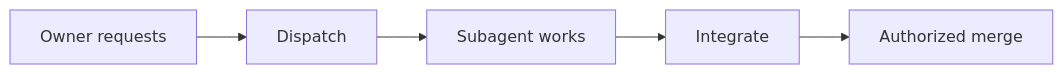
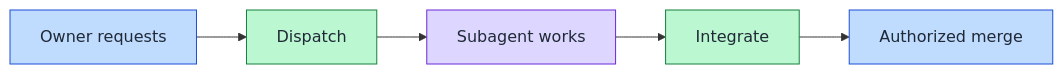
One commit to victusfate/scaffold changed the diagram in docs/diagrams/pages/orchestration.md. Above: the diagram before and after it, drawn with Mermaid. The commit also changed other lines of this file and 20 other files, not shown here.

First line of the commit message:
docs(diagram-explorer-md): lane colors from the diagram palette; short LLM block

````diff
--- a/docs/diagrams/pages/orchestration.md
+++ b/docs/diagrams/pages/orchestration.md
@@ -7,7 +7,13 @@
 ```mermaid
 flowchart LR
   n_request["Owner requests"] --> n_dispatch["Dispatch"]
   n_dispatch["Dispatch"] --> n_work["Subagent works"]
   n_work["Subagent works"] --> n_integrate["Integrate"]
   n_integrate["Integrate"] --> n_ship["Authorized merge"]
+  classDef lane0 fill:#bfdbfe,stroke:#1d4ed8,color:#1f2937
+  classDef lane1 fill:#bbf7d0,stroke:#15803d,color:#1f2937
+  classDef lane2 fill:#ddd6fe,stroke:#6d28d9,color:#1f2937
+  class n_request,n_ship lane0
+  class n_dispatch,n_integrate lane1
+  class n_work lane2
 ```
````
